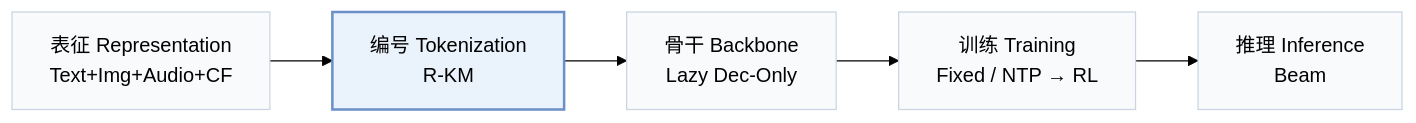
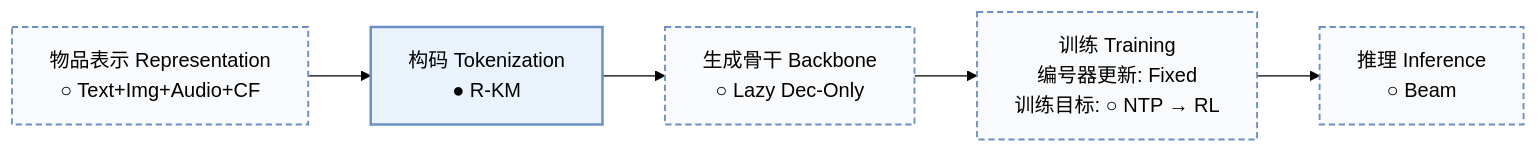
One commit to Galaxy-ghost/Awesome-SID-Generative-Rec changed the first of 2 diagrams in pages/zh/papers/onelive.md. Above: the diagram before and after it, drawn with Mermaid (forest theme). The commit also changed other lines of this file and 558 other files, not shown here.

````diff
--- a/pages/zh/papers/onelive.md
+++ b/pages/zh/papers/onelive.md
@@ -15,8 +18,10 @@
 ```mermaid
 flowchart LR
-    R["表征 Representation<br/>Text+Img+Audio+CF"] --> T["编号 Tokenization<br/>R-KM"] --> B["骨干 Backbone<br/>Lazy Dec-Only"] --> TR["训练 Training<br/>Fixed / NTP → RL"] --> I["推理 Inference<br/>Beam"]
+    R["物品表示 Representation<br/>○ Text+Img+Audio+CF"] --> T["构码 Tokenization<br/>● R-KM"] --> B["生成骨干 Backbone<br/>○ Lazy Dec-Only"] --> TR["训练 Training<br/>编号器更新: Fixed<br/>训练目标: ○ NTP → RL"] --> I["推理 Inference<br/>○ Beam"]
     classDef base fill:#f8fafc,stroke:#cbd5e1
     class R,T,B,TR,I base
+    classDef other fill:#f8fafc,stroke:#6b8fc7,stroke-width:1.5px,stroke-dasharray:5 3
+    class R,B,TR,I other
     classDef main fill:#eaf2fb,stroke:#6b8fc7,stroke-width:2px
     class T main
 ```
````
